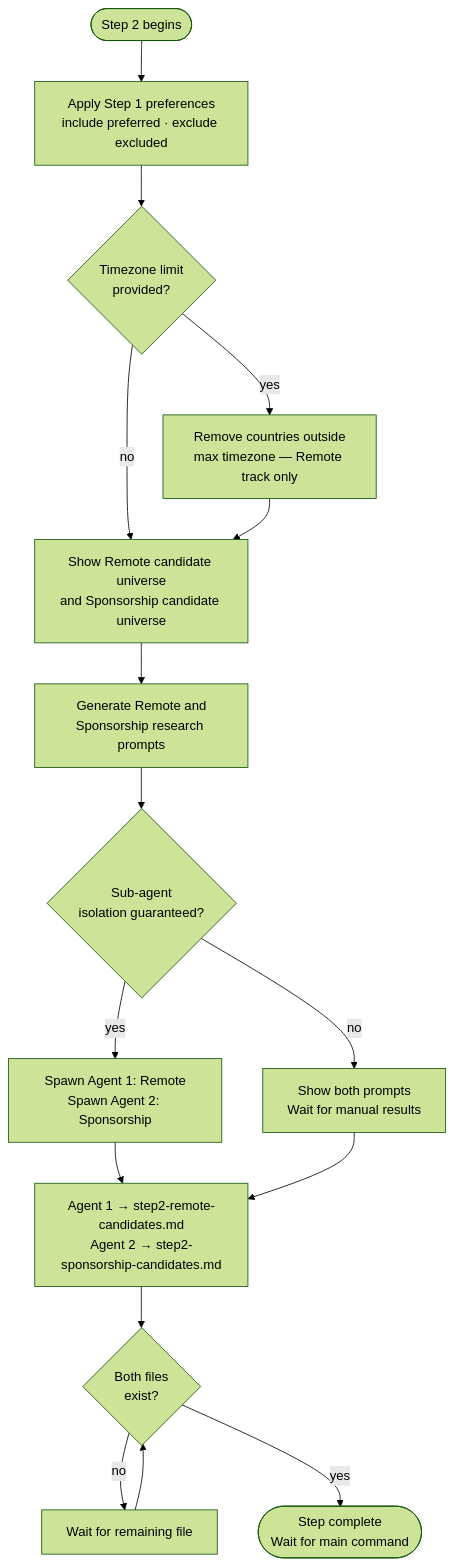
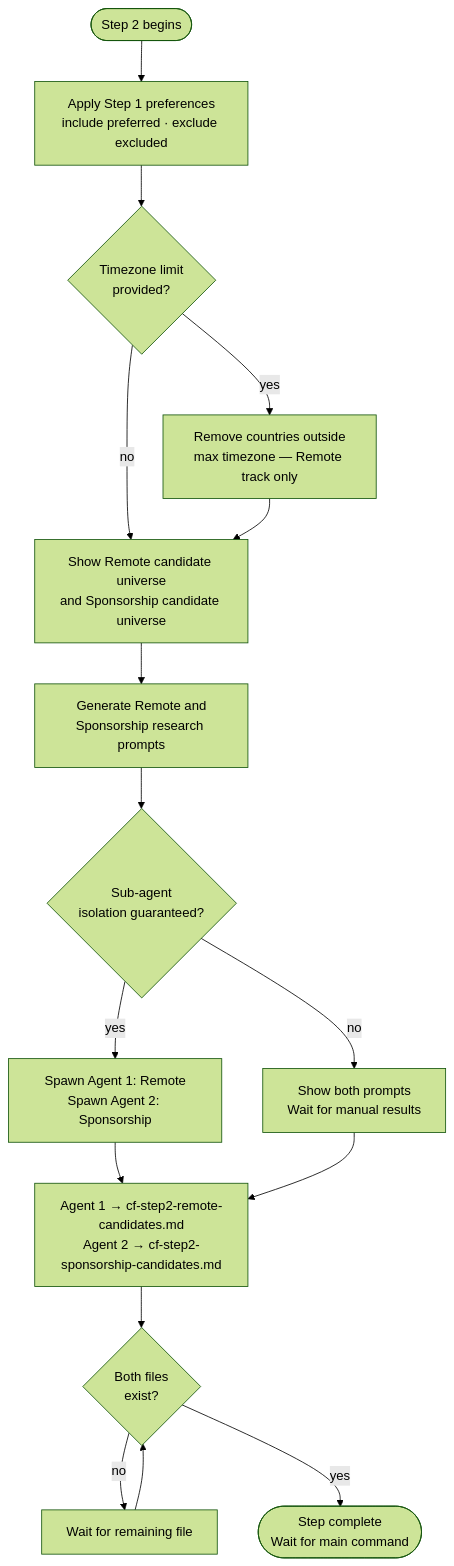
The diagram in docs/commands/country-finder/step2-candidate-discovery.md (myowinthein/agent-compass), drawn with Mermaid (forest theme) before and after one commit. The commit also changed other lines of this file and 14 other files, not shown here.

````diff
--- a/docs/commands/country-finder/step2-candidate-discovery.md
+++ b/docs/commands/country-finder/step2-candidate-discovery.md
@@ -14,18 +14,18 @@
 ```mermaid
 flowchart TD
   Start([Step 2 begins]) --> FilterPref[Apply Step 1 preferences\ninclude preferred · exclude excluded]
   FilterPref --> TZCheck{Timezone limit\nprovided?}
   TZCheck -->|yes| FilterTZ[Remove countries outside\nmax timezone — Remote track only]
   TZCheck -->|no| ShowLists
   FilterTZ --> ShowLists[Show Remote candidate universe\nand Sponsorship candidate universe]
   ShowLists --> GenPrompts[Generate Remote and\nSponsorship research prompts]
   GenPrompts --> Isolate{Sub-agent\nisolation guaranteed?}
   Isolate -->|yes| Agents[Spawn Agent 1: Remote\nSpawn Agent 2: Sponsorship]
   Isolate -->|no| Manual[Show both prompts\nWait for manual results]
-  Agents --> Files[Agent 1 → step2-remote-candidates.md\nAgent 2 → step2-sponsorship-candidates.md]
+  Agents --> Files[Agent 1 → cf-step2-remote-candidates.md\nAgent 2 → cf-step2-sponsorship-candidates.md]
   Manual --> Files
   Files --> BothDone{Both files\nexist?}
   BothDone -->|no| Wait[Wait for remaining file]
   Wait --> BothDone
   BothDone -->|yes| Done([Step complete\nWait for main command])
 ```
````
